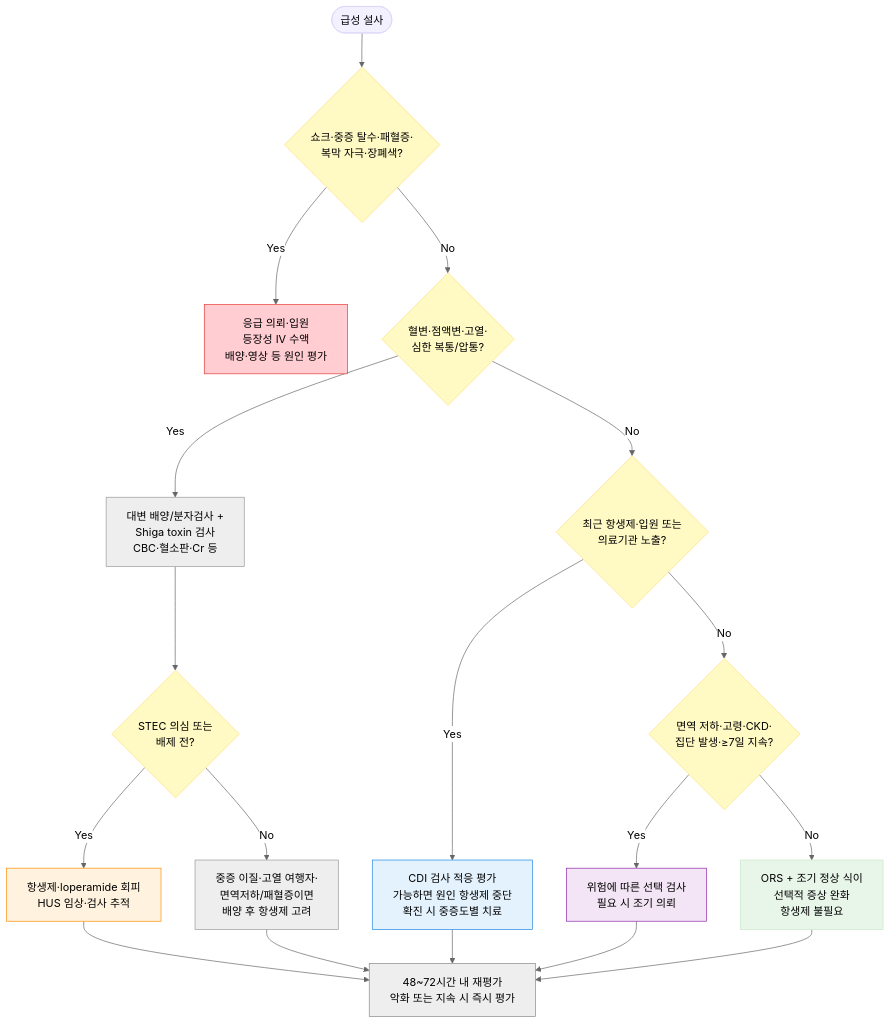
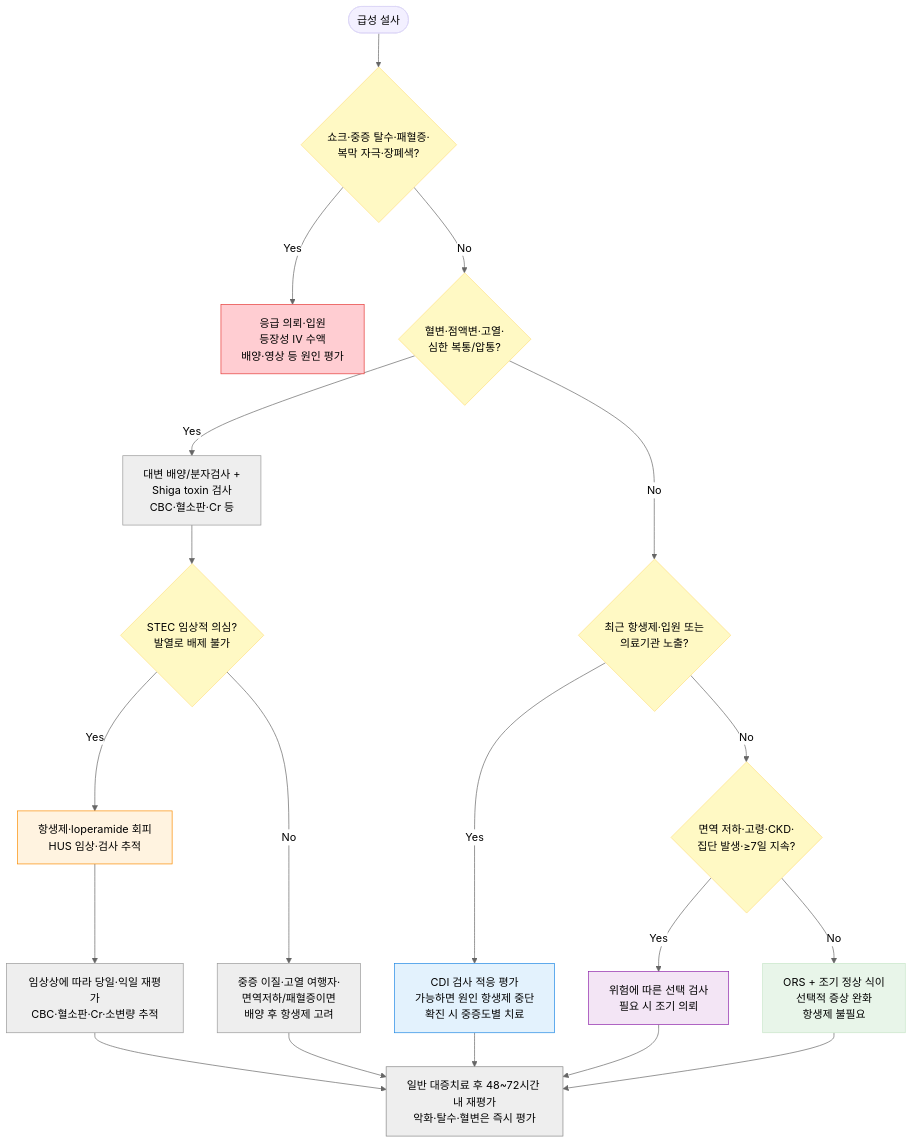
One commit to familyoh77/familyoh77 changed the diagram in 224_/083_-acute-diarrhea.md. Above: the diagram before and after it, drawn with Mermaid (neutral theme). The commit also changed other lines of this file and 13 other files, not shown here.

````diff
--- a/224_/083_-acute-diarrhea.md
+++ b/224_/083_-acute-diarrhea.md
@@ -137,33 +139,34 @@
 ```mermaid
 graph TD
     Start(["급성 설사"]) --> S1{"쇼크·중증 탈수·패혈증·<br/>복막 자극·장폐색?"}
     S1 -->|Yes| Emergency["응급 의뢰·입원<br/>등장성 IV 수액<br/>배양·영상 등 원인 평가"]
     S1 -->|No| S2{"혈변·점액변·고열·<br/>심한 복통/압통?"}
 
     S2 -->|Yes| Infl["대변 배양/분자검사 +<br/>Shiga toxin 검사<br/>CBC·혈소판·Cr 등"]
-    Infl --> STECq{"STEC 의심 또는<br/>배제 전?"}
+    Infl --> STECq{"STEC 임상적 의심?<br/>발열로 배제 불가"}
     STECq -->|Yes| STEC["항생제·loperamide 회피<br/>HUS 임상·검사 추적"]
     STECq -->|No| ABX["중증 이질·고열 여행자·<br/>면역저하/패혈증이면<br/>배양 후 항생제 고려"]
 
     S2 -->|No| S3{"최근 항생제·입원 또는<br/>의료기관 노출?"}
     S3 -->|Yes| CDI["CDI 검사 적응 평가<br/>가능하면 원인 항생제 중단<br/>확진 시 중증도별 치료"]
     S3 -->|No| HighRisk{"면역 저하·고령·CKD·<br/>집단 발생·≥7일 지속?"}
     HighRisk -->|Yes| Test["위험에 따른 선택 검사<br/>필요 시 조기 의뢰"]
     HighRisk -->|No| Support["ORS + 조기 정상 식이<br/>선택적 증상 완화<br/>항생제 불필요"]
 
-    STEC --> FU["48~72시간 내 재평가<br/>악화 또는 지속 시 즉시 평가"]
+    STEC --> HUSFU["임상상에 따라 당일·익일 재평가<br/>CBC·혈소판·Cr·소변량 추적"]
+    HUSFU --> FU["일반 대증치료 후 48~72시간 내 재평가<br/>악화·탈수·혈변은 즉시 평가"]
     ABX --> FU
     CDI --> FU
     Test --> FU
     Support --> FU
 
     classDef yellow fill:#fff9c4,stroke:#ffe082
     class S1,S2,S3,STECq,HighRisk yellow
     style Emergency fill:#ffcdd2,stroke:#e53935
     style STEC fill:#fff3e0,stroke:#fb8c00
     style CDI fill:#e3f2fd,stroke:#1e88e5
     style Test fill:#f3e5f5,stroke:#8e24aa
     style Start fill:#f3f0ff,stroke:#dcd6f7
     style Support fill:#e8f5e9,stroke:#c8e6c9
     style FU fill:#eeeeee,stroke:#888888
 ```
````
